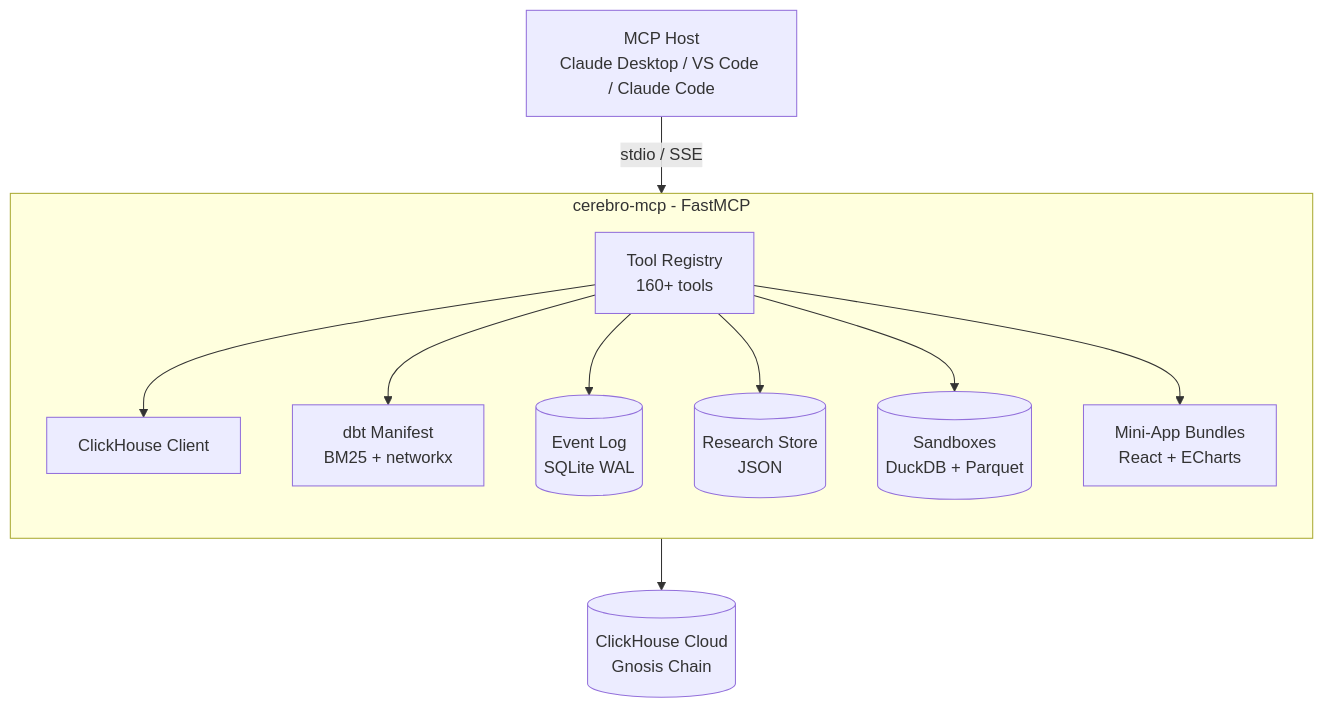
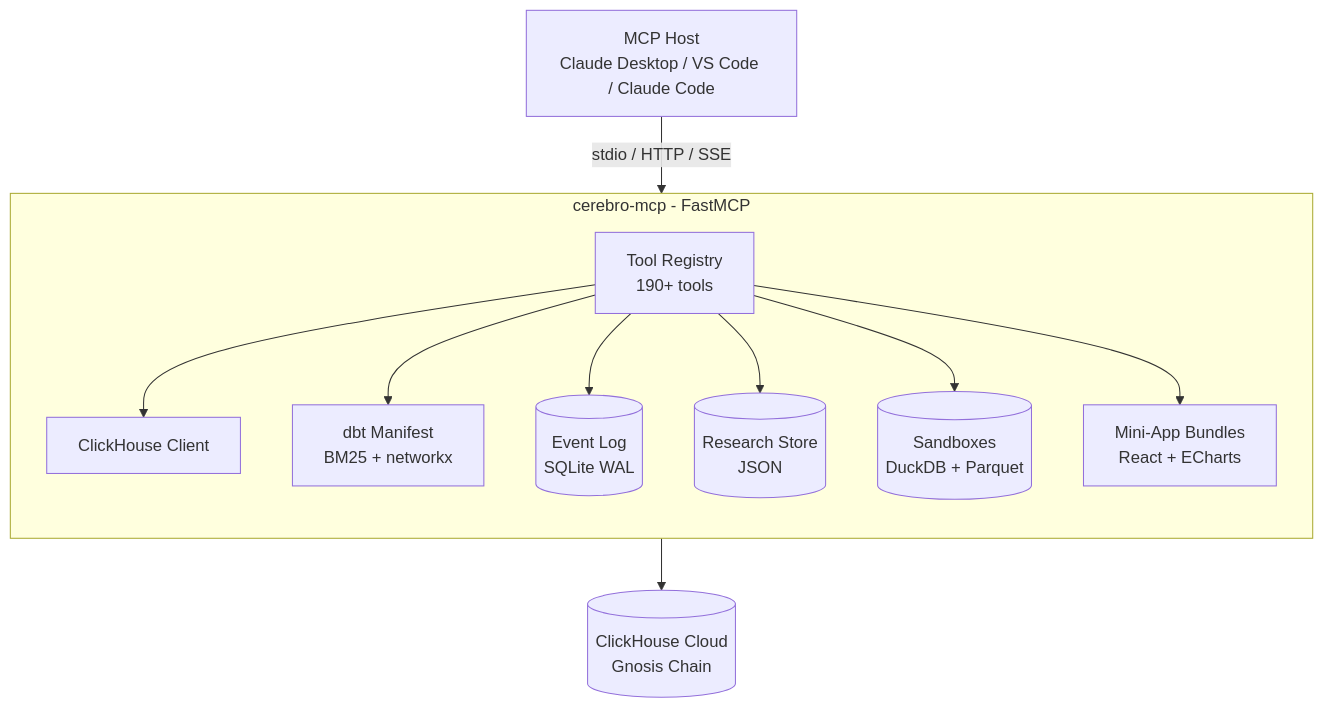
Before and after one commit to gnosischain/cerebro-docs: the diagram in docs/mcp/index.md, drawn with Mermaid. The commit also changed other lines of this file and 17 other files, not shown here.

````diff
--- a/docs/mcp/index.md
+++ b/docs/mcp/index.md
@@ -30,14 +30,14 @@
 ```mermaid
 flowchart TB
-    H[MCP Host<br/>Claude Desktop / VS Code / Claude Code] -- stdio / SSE --> S
+    H[MCP Host<br/>Claude Desktop / VS Code / Claude Code] -- stdio / HTTP / SSE --> S
     subgraph S[cerebro-mcp - FastMCP]
       direction TB
-      T[Tool Registry<br/>160+ tools] --> CH[ClickHouse Client]
+      T[Tool Registry<br/>190+ tools] --> CH[ClickHouse Client]
       T --> D[dbt Manifest<br/>BM25 + networkx]
       T --> ES[(Event Log<br/>SQLite WAL)]
       T --> RS[(Research Store<br/>JSON)]
       T --> SB[(Sandboxes<br/>DuckDB + Parquet)]
       T --> UI[Mini-App Bundles<br/>React + ECharts]
     end
     CH --> CHC[(ClickHouse Cloud<br/>Gnosis Chain)]
 ```
````
